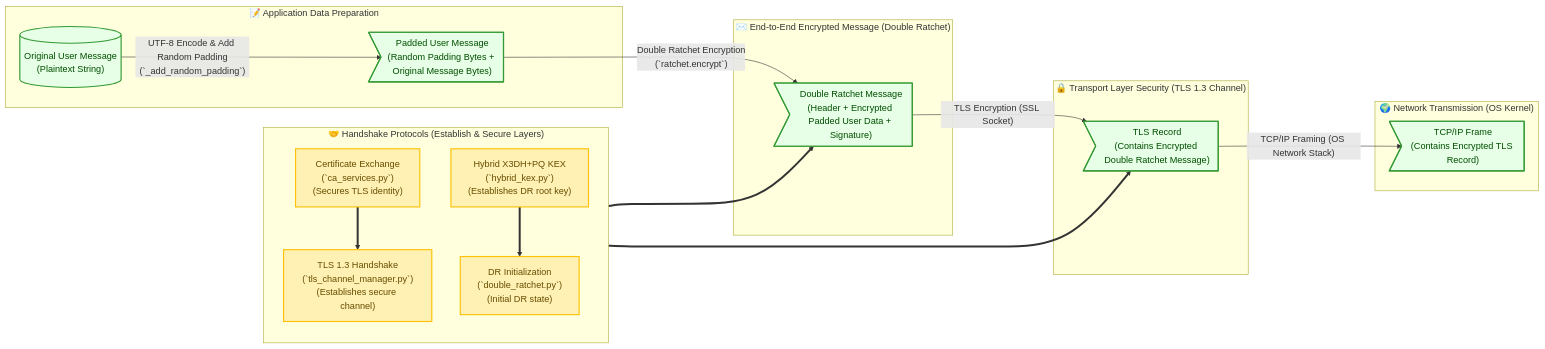
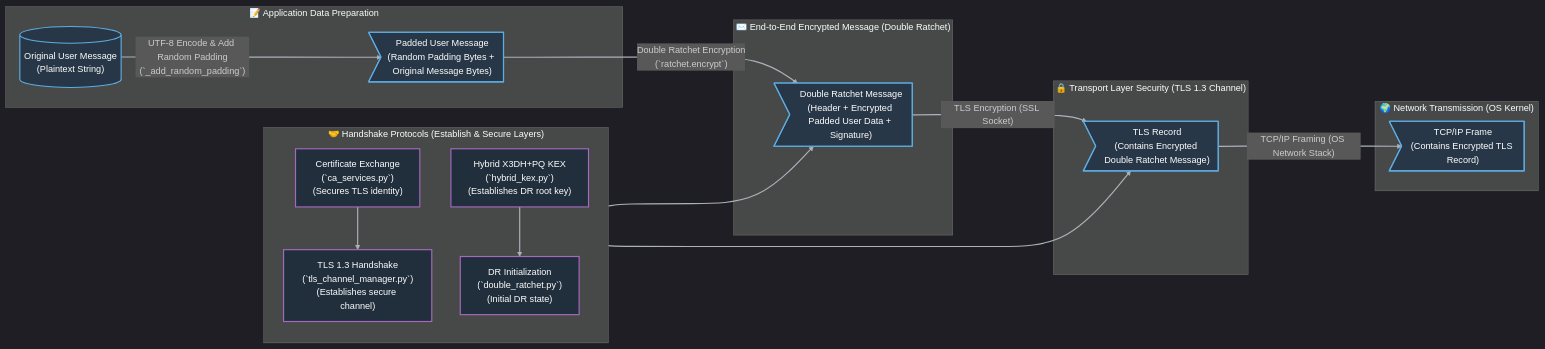
One commit to Destroyer-official/Destroyer_P2P changed the second of 2 diagrams in README.md. Above: the diagram before and after it, drawn with Mermaid. The commit also changed other lines of this file, not shown here.

````diff
--- a/README.md
+++ b/README.md
@@ -205,41 +222,44 @@
 ```mermaid
+%%{init: {'theme': 'dark', 'themeVariables': { 'fontFamily': 'Arial, sans-serif'}}}%%
 graph LR
     subgraph "🌍 Network Transmission (OS Kernel)"
         TCPIP>"TCP/IP Frame<br/>(Contains Encrypted TLS Record)"]
     end
     subgraph "🔒 Transport Layer Security (TLS 1.3 Channel)"
         TLS_Packet>"TLS Record<br/>(Contains Encrypted Double Ratchet Message)"]
     end
     subgraph "✉️ End-to-End Encrypted Message (Double Ratchet)"
         DR_Message>"Double Ratchet Message<br/>(Header + Encrypted Padded User Data + Signature)"]
     end
     subgraph "📝 Application Data Preparation"
         Padded_Message>"Padded User Message<br/>(Random Padding Bytes + Original Message Bytes)"]
         User_Message[("Original User Message<br/>(Plaintext String)")]
     end
 
     User_Message -- "UTF-8 Encode & Add Random Padding<br/>(`_add_random_padding`)" --> Padded_Message
     Padded_Message -- "Double Ratchet Encryption<br/>(`ratchet.encrypt`)" --> DR_Message
     DR_Message -- "TLS Encryption (SSL Socket)" --> TLS_Packet
     TLS_Packet -- "TCP/IP Framing (OS Network Stack)" --> TCPIP
 
     subgraph "🤝 Handshake Protocols (Establish & Secure Layers)"
       direction TB
       CertEx["Certificate Exchange<br/>(`ca_services.py`)<br/>(Secures TLS identity)"]
       HybridKEX["Hybrid X3DH+PQ KEX<br/>(`hybrid_kex.py`)<br/>(Establishes DR root key)"]
       DRSetup["DR Initialization<br/>(`double_ratchet.py`)<br/>(Initial DR state)"]
       TLSHandshake["TLS 1.3 Handshake<br/>(`tls_channel_manager.py`)<br/>(Establishes secure channel)"]
     end
     
     CertEx ==> TLSHandshake
     HybridKEX ==> DRSetup
     DRSetup ==> DR_Message
     TLSHandshake ==> TLS_Packet
 
-    classDef data fill:#e6ffe6,stroke:#339933,stroke-width:2px,color:#004d00;
-    classDef protocol_node fill:#e6f7ff,stroke:#3399ff,stroke-width:2px,color:#004080;
-    classDef handshake_protocol fill:#fff0b3,stroke:#ffc107,stroke-width:2px,color:#664d00;
+    classDef data fill:#283747,stroke:#5DADE2,stroke-width:2px,color:#FDFEFE;
+    classDef handshake_protocol fill:#212F3C,stroke:#A569BD,stroke-width:2px,color:#FDFEFE;
+    classDef protocol_node fill:#4A235A,stroke:#D2B4DE,stroke-width:2px,color:#FDFEFE;
 
     class User_Message,Padded_Message,DR_Message,TLS_Packet,TCPIP data;
     class CertEx,HybridKEX,DRSetup,TLSHandshake handshake_protocol;
+
+    linkStyle default stroke:#ABB2B9,stroke-width:2px;
 ```
````
